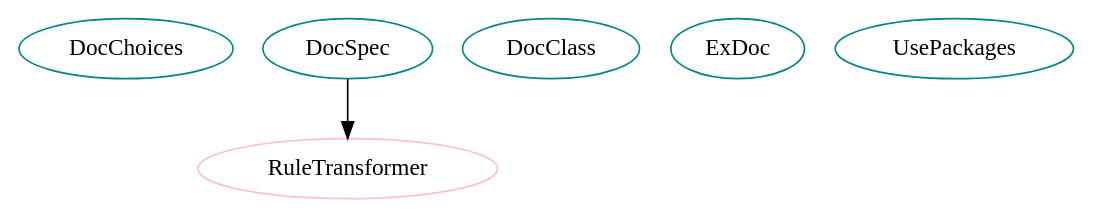
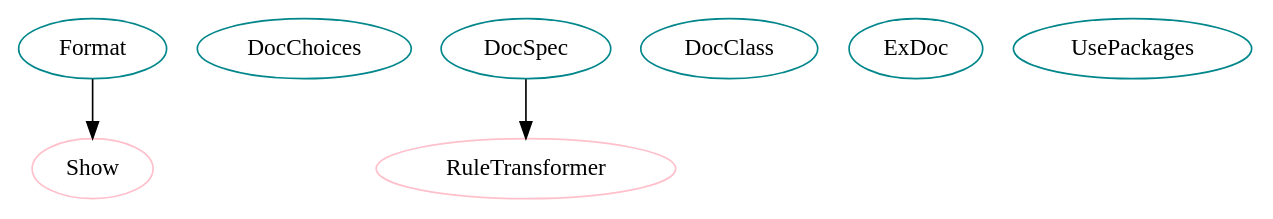
Before and after one commit to JacquesCarette/Drasil: the diagram in analysis/ClassInstDep/packagegraphs/gen.dot, drawn with Graphviz. The commit also changed 558 other files, not shown here.

```diff
--- a/analysis/ClassInstDep/packagegraphs/gen.dot
+++ b/analysis/ClassInstDep/packagegraphs/gen.dot
@@ -1,9 +1,12 @@
 digraph gen{
+Format	[shape=oval, color=turquoise4, label="Format"];
 DocChoices	[shape=oval, color=turquoise4, label="DocChoices"];
 DocSpec	[shape=oval, color=turquoise4, label="DocSpec"];
 DocClass	[shape=oval, color=turquoise4, label="DocClass"];
 ExDoc	[shape=oval, color=turquoise4, label="ExDoc"];
 UsePackages	[shape=oval, color=turquoise4, label="UsePackages"];
+Show	[shape=oval, color=pink, label="Show"];
 RuleTransformer	[shape=oval, color=pink, label="RuleTransformer"];
+Format -> Show;
 DocSpec -> RuleTransformer;
 }
```
